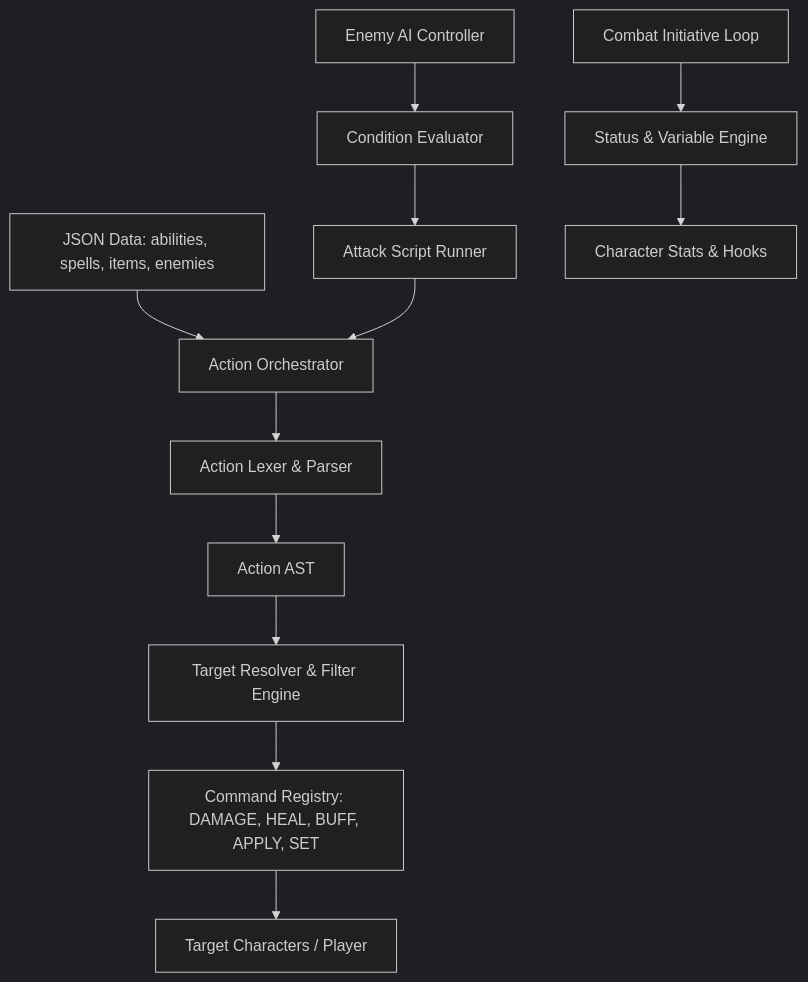
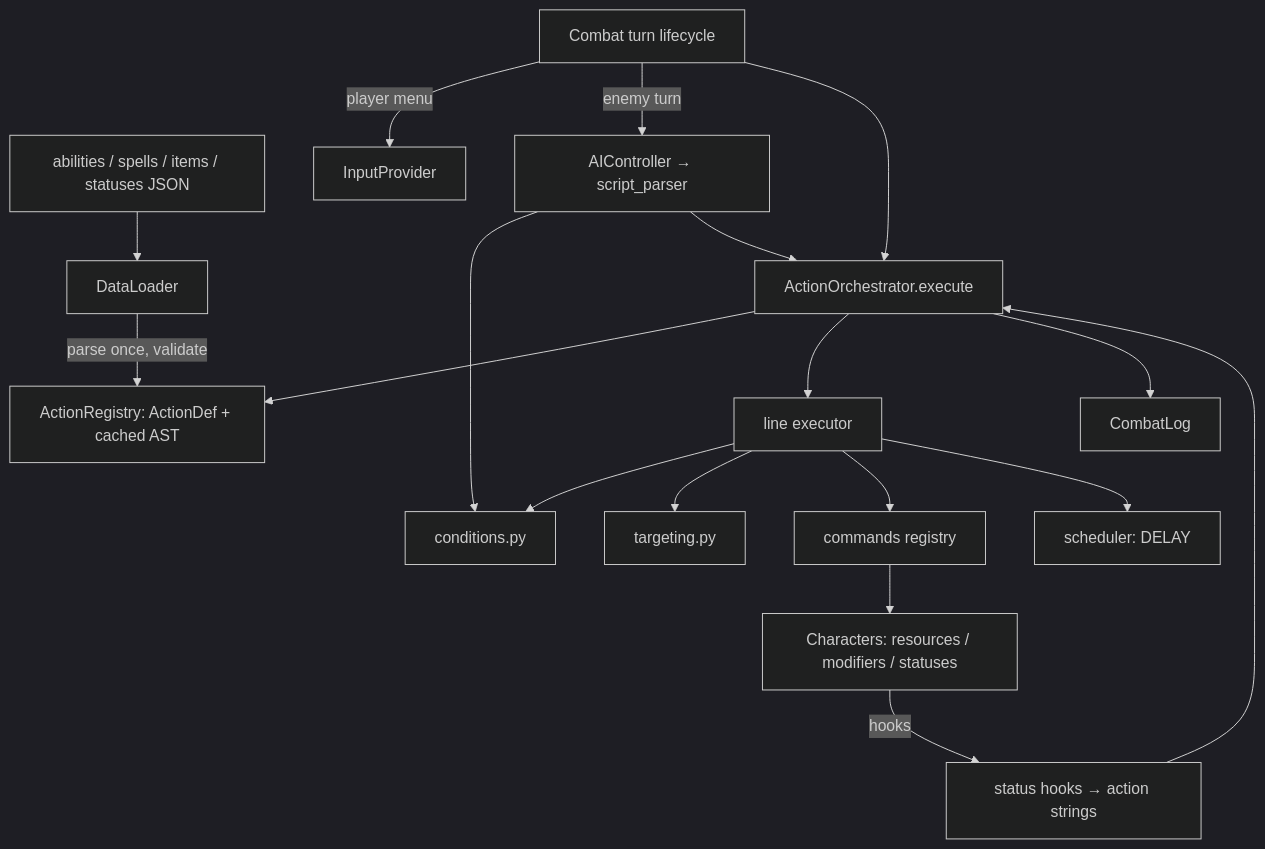
The diagram in docs/plans/mechanics_plan.md (massbchou/TBA_Test), drawn with Mermaid (dark theme) before and after one commit. The commit also changed other lines of this file and 4 other files, not shown here.

````diff
--- a/docs/plans/mechanics_plan.md
+++ b/docs/plans/mechanics_plan.md
@@ -17,16 +296,19 @@
 ```mermaid
 graph TD
-    Data[JSON Data: abilities, spells, items, enemies] --> Orchestrator[Action Orchestrator]
-    Orchestrator --> Lexer[Action Lexer & Parser]
-    Lexer --> AST[Action AST]
-    AST --> Resolver[Target Resolver & Filter Engine]
-    Resolver --> CommandReg[Command Registry: DAMAGE, HEAL, BUFF, APPLY, SET]
-    CommandReg --> Target[Target Characters / Player]
-    
-    EnemyAI[Enemy AI Controller] --> CondEval[Condition Evaluator]
-    CondEval --> ScriptRunner[Attack Script Runner]
-    ScriptRunner --> Orchestrator
-    
-    StatusEngine[Status & Variable Engine] --> Character[Character Stats & Hooks]
-    CombatLoop[Combat Initiative Loop] --> StatusEngine
+    Data[abilities / spells / items / statuses JSON] --> Loader[DataLoader]
+    Loader -->|parse once, validate| Registry[ActionRegistry: ActionDef + cached AST]
+    Combat[Combat turn lifecycle] -->|player menu| Input[InputProvider]
+    Combat -->|enemy turn| AI[AIController → script_parser]
+    AI --> Cond[conditions.py]
+    Combat --> Orchestrator[ActionOrchestrator.execute]
+    AI --> Orchestrator
+    Orchestrator --> Registry
+    Orchestrator --> Exec[line executor]
+    Exec --> Cond
+    Exec --> Target[targeting.py]
+    Exec --> Cmd[commands registry]
+    Exec --> Sched[scheduler: DELAY]
+    Cmd --> Chars[Characters: resources / modifiers / statuses]
+    Chars -->|hooks| Statuses[status hooks → action strings] --> Orchestrator
+    Orchestrator --> Log[CombatLog]
 ```
````
